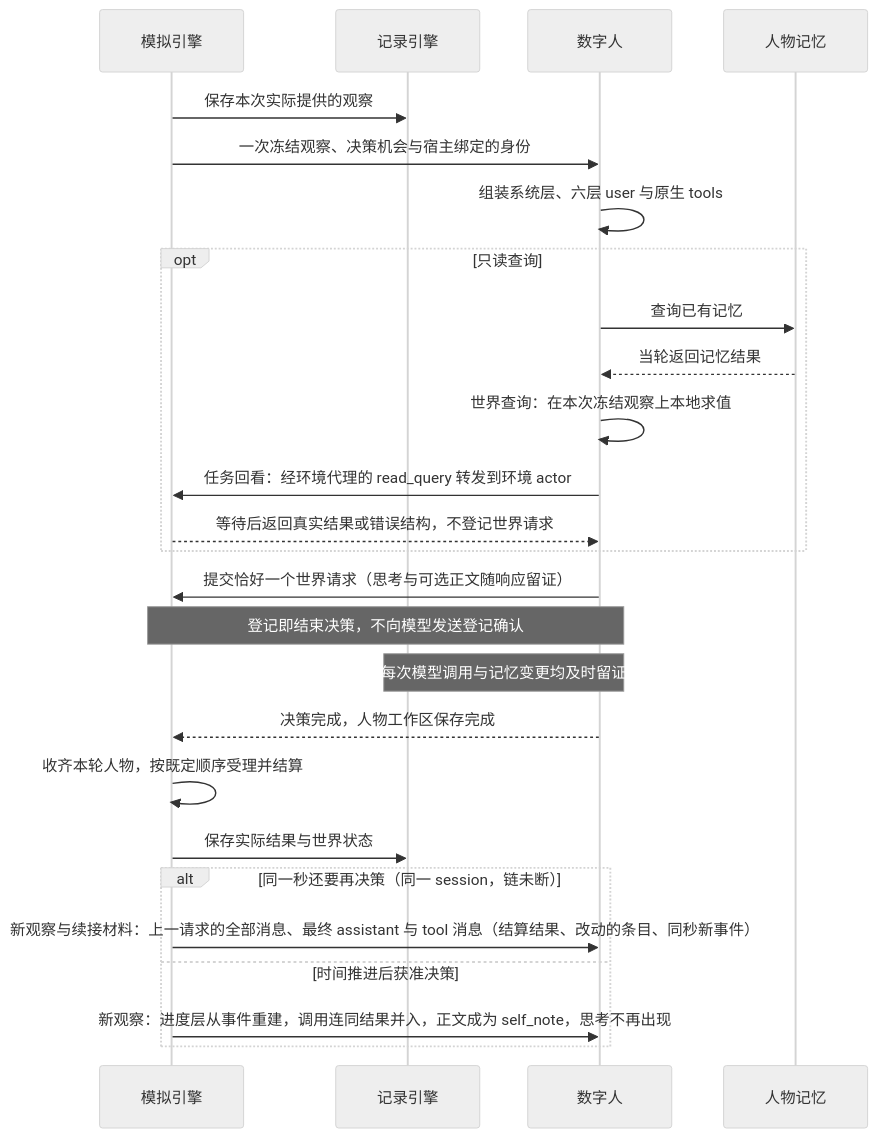
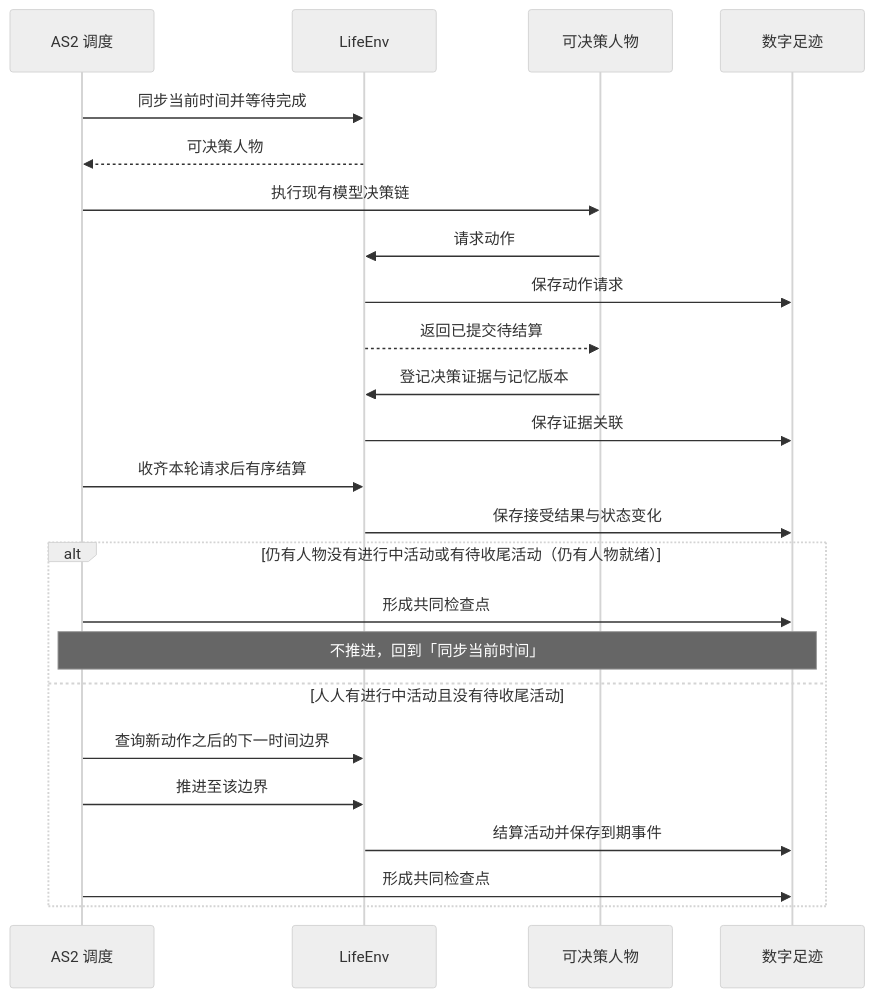
One commit to HoldThatThgt/WorldMock changed the third of 6 diagrams in docs/design/04-simulation-engine.md. Above: the diagram before and after it, drawn with Mermaid (neutral theme). The commit also changed other lines of this file and 875 other files, not shown here.

````diff
--- a/docs/design/04-simulation-engine.md
+++ b/docs/design/04-simulation-engine.md
@@ -260,28 +185,26 @@
 ```mermaid
 sequenceDiagram
-    participant S as 模拟引擎
-    participant R as 记录引擎
-    participant A as 数字人
-    participant M as 人物记忆
-    S->>R: 保存本次实际提供的观察
-    S->>A: 一次冻结观察、决策机会与宿主绑定的身份
-    A->>A: 组装系统层、六层 user 与原生 tools
-    opt 只读查询
-        A->>M: 查询已有记忆
-        M-->>A: 当轮返回记忆结果
-        A->>A: 世界查询：在本次冻结观察上本地求值
-        A->>S: 任务回看：经环境代理的 read_query 转发到环境 actor
-        S-->>A: 等待后返回真实结果或错误结构，不登记世界请求
-    end
-    A->>S: 提交恰好一个世界请求（思考与可选正文随响应留证）
-    Note over A,S: 登记即结束决策，不向模型发送登记确认
-    Note over A,R: 每次模型调用与记忆变更均及时留证
-    A-->>S: 决策完成，人物工作区保存完成
-    S->>S: 收齐本轮人物，按既定顺序受理并结算
-    S->>R: 保存实际结果与世界状态
-    alt 同一秒还要再决策（同一 session，链未断）
-        S->>A: 新观察与续接材料：上一请求的全部消息、最终 assistant 与 tool 消息（结算结果、改动的条目、同秒新事件）
-    else 时间推进后获准决策
-        S->>A: 新观察：进度层从事件重建，调用连同结果并入，正文成为 self_note，思考不再出现
+    participant S as AS2 调度
+    participant E as LifeEnv
+    participant A as 可决策人物
+    participant F as 数字足迹
+    S->>E: 同步当前时间并等待完成
+    E-->>S: 可决策人物
+    S->>A: 执行现有模型决策链
+    A->>E: 请求动作
+    E->>F: 保存动作请求
+    E-->>A: 返回已提交待结算
+    A->>E: 登记决策证据与记忆版本
+    E->>F: 保存证据关联
+    S->>E: 收齐本轮请求后有序结算
+    E->>F: 保存接受结果与状态变化
+    alt 仍有人物没有进行中活动或有待收尾活动（仍有人物就绪）
+        S->>F: 形成共同检查点
+        Note over S,F: 不推进，回到「同步当前时间」
+    else 人人有进行中活动且没有待收尾活动
+        S->>E: 查询新动作之后的下一时间边界
+        S->>E: 推进至该边界
+        E->>F: 结算活动并保存到期事件
+        S->>F: 形成共同检查点
     end
 ```
````
